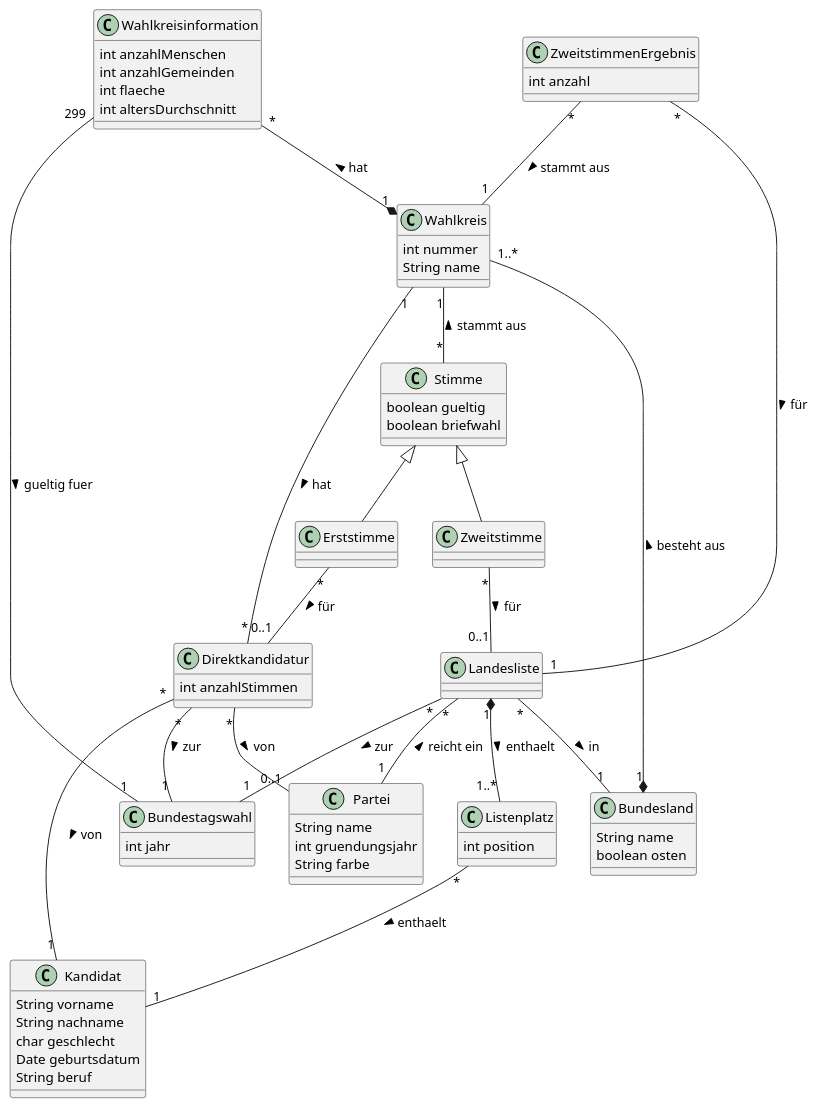
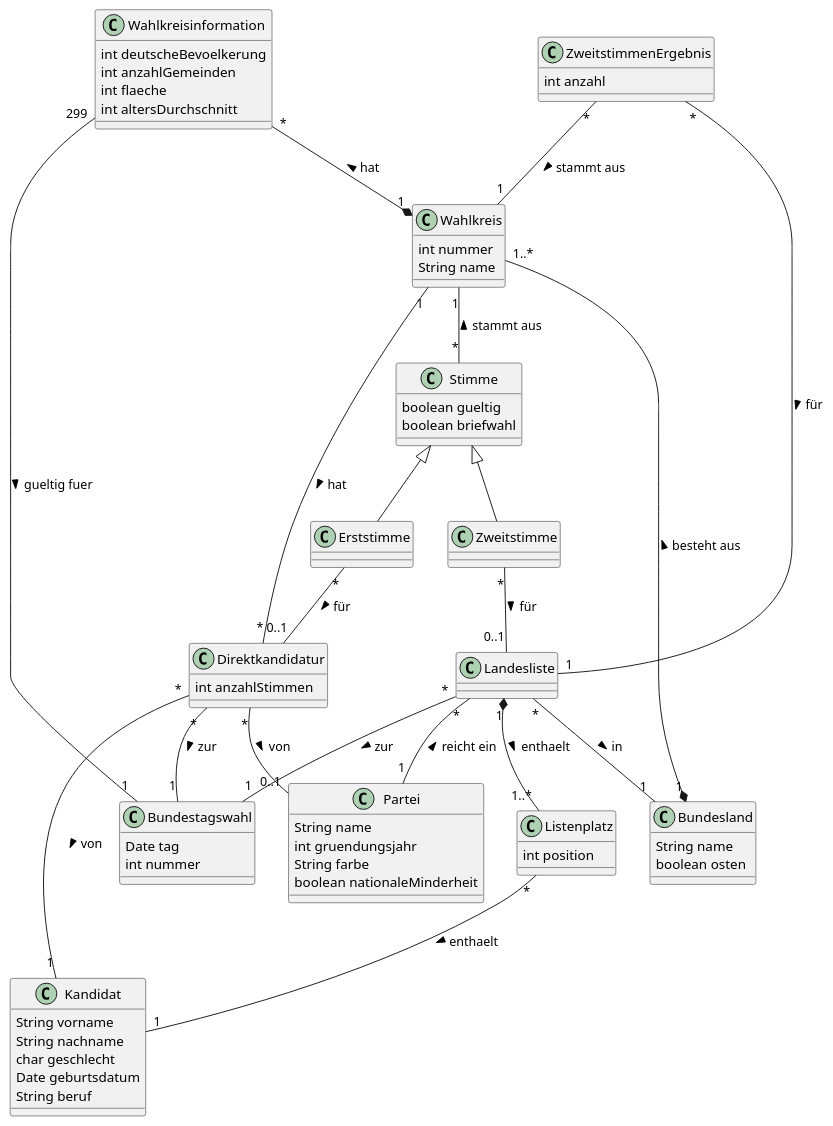
One commit to Toemmsche/database-systems-project-mirror changed the diagram in Blatt1/Aufgabe3.puml. Above: the diagram before and after it, drawn with PlantUML. The commit also changed 1 other file, not shown here.

```diff
--- a/Blatt1/Aufgabe3.puml
+++ b/Blatt1/Aufgabe3.puml
@@ -1,84 +1,86 @@
 @startuml
 class Kandidat {
     String vorname
     String nachname
     char geschlecht
     Date geburtsdatum
     String beruf
 }
 
 class Bundesland {
     String name
     boolean osten
 }
 
 class Partei {
     String name
     int gruendungsjahr
     String farbe
+    boolean nationaleMinderheit
 }
 
 class Bundestagswahl{
-   int jahr
+   Date tag
+   int nummer
 }
 
 class Wahlkreisinformation {
-    int anzahlMenschen
+    int deutscheBevoelkerung
     int anzahlGemeinden
     int flaeche
     int altersDurchschnitt
 }
 
 class Landesliste {
 }
 
 class Listenplatz {
     int position
 }
 
 class Wahlkreis {
     int nummer
     String name
 }
 
 class ZweitstimmenErgebnis {
     int anzahl
 }
 class Stimme {
     boolean gueltig
     boolean briefwahl
 }
 
 class Zweitstimme extends Stimme {
 }
 
 class Erststimme extends Stimme {
 }
 
 class Direktkandidatur {
     int anzahlStimmen
 }
 
 Landesliste "*" -- "1" Bundesland : in >
 Landesliste "*" -- "1" Partei : < reicht ein
 Landesliste "*" -- "1" Bundestagswahl: zur >
 
 Landesliste "1" *-- "1..*" Listenplatz : enthaelt >
 Listenplatz "*" -- "1" Kandidat : enthaelt >
 
 Wahlkreis "1..*" --* "1" Bundesland : besteht aus <
 
 Wahlkreisinformation "*" --* "1" Wahlkreis : < hat
 Wahlkreisinformation "299" -- "1" Bundestagswahl: gueltig fuer >
 
 Direktkandidatur "*" -- "1" Kandidat : von >
 Direktkandidatur "*" -- "1" Wahlkreis : < hat
 Direktkandidatur "*" -- "0..1" Partei : von >
 Direktkandidatur "*" -- "1" Bundestagswahl: zur >
 
 Erststimme "*" -- "0..1" Direktkandidatur : für >
 Zweitstimme "*" -- "0..1" Landesliste : für >
 Stimme "*" -up- "1" Wahlkreis : stammt aus >
 ZweitstimmenErgebnis "*" -- "1" Wahlkreis : stammt aus >
 ZweitstimmenErgebnis "*" -- "1" Landesliste : für >
 @enduml
```
